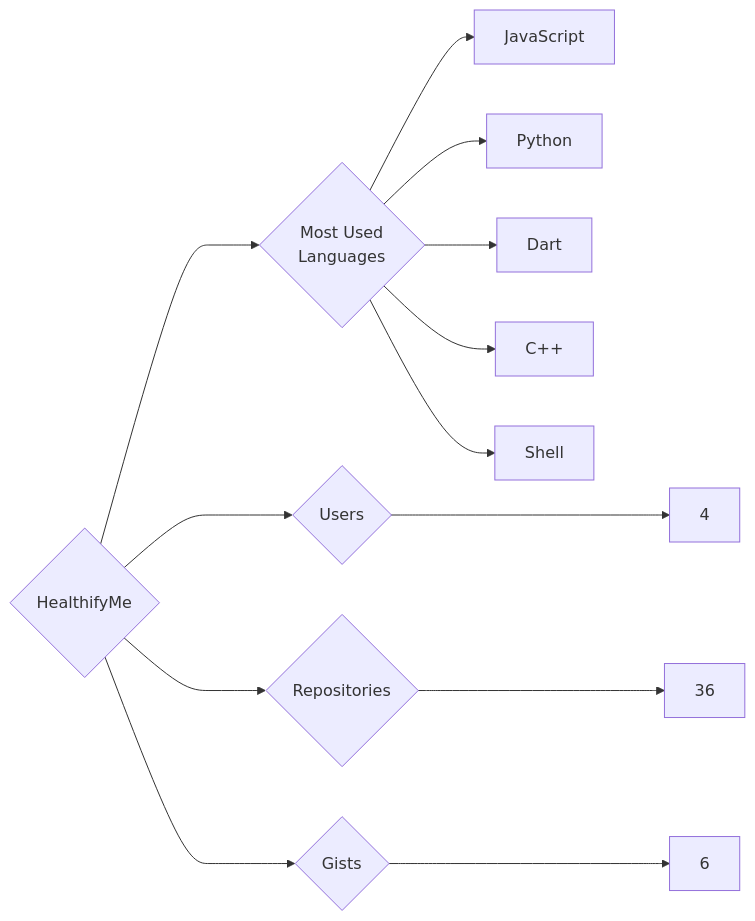
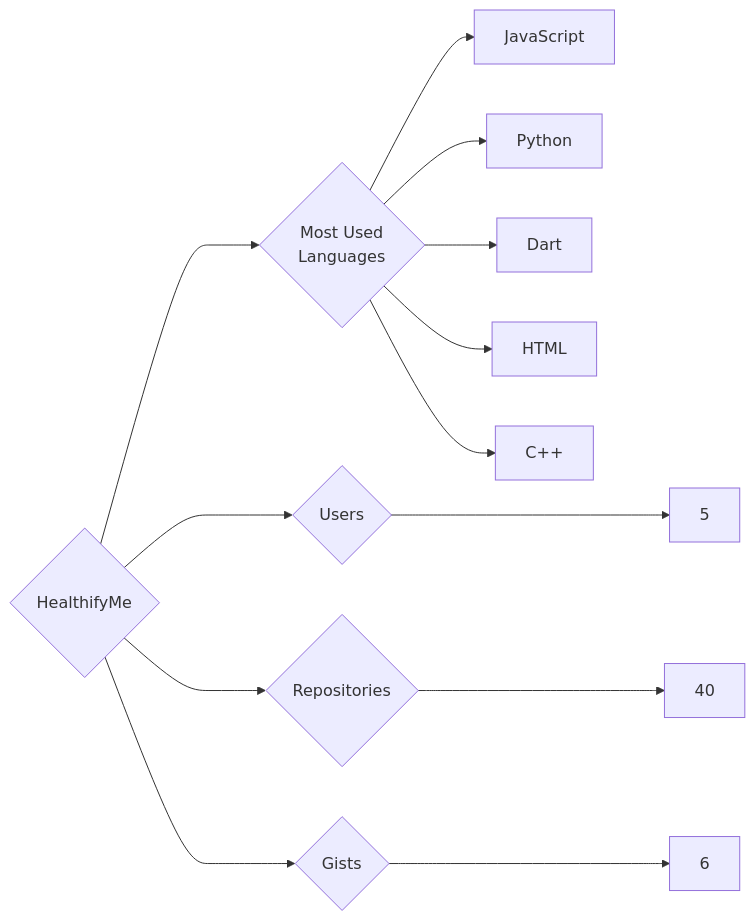
Before and after one commit to trickest/insiders: the diagram in targets/HealthifyMe/README.md, drawn with Mermaid. The commit also changed 998 other files, not shown here.

````diff
--- a/targets/HealthifyMe/README.md
+++ b/targets/HealthifyMe/README.md
@@ -3,13 +3,13 @@
 ```mermaid
 graph LR
 COMPANY_NAME{HealthifyMe}
-COMPANY_NAME ---> U{Users} ---> UN[4]
-COMPANY_NAME ---> R{Repositories} ---> RN[36]
+COMPANY_NAME ---> U{Users} ---> UN[5]
+COMPANY_NAME ---> R{Repositories} ---> RN[40]
 COMPANY_NAME ---> G{Gists} ---> GN[6]
 COMPANY_NAME ---> ML{Most Used<br>Languages}
 ML --> JavaScript[JavaScript]
 ML --> Python[Python]
 ML --> Dart[Dart]
+ML --> HTML[HTML]
 ML --> C++[C++]
-ML --> Shell[Shell]
 ```
````
